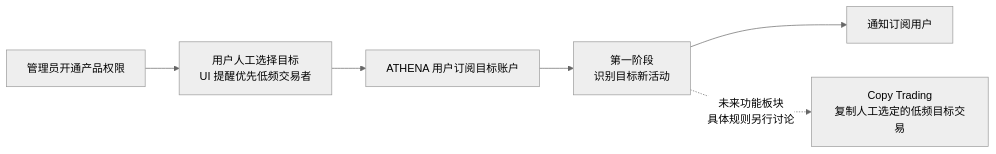
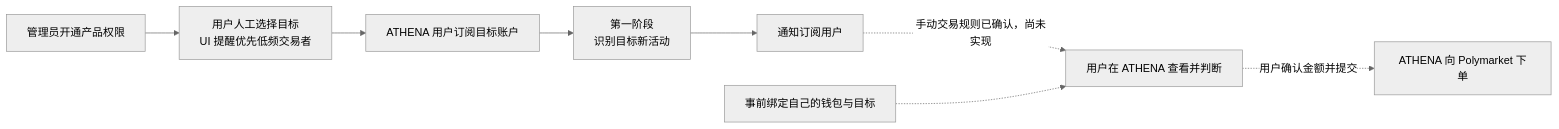
Before and after one commit to useryege/athena-o: the diagram in docs/requirements/polymarket-copy-trading/README.md, drawn with Mermaid (neutral theme). The commit also changed other lines of this file and 689 other files, not shown here.

````diff
--- a/docs/requirements/polymarket-copy-trading/README.md
+++ b/docs/requirements/polymarket-copy-trading/README.md
@@ -44,8 +48,10 @@
 ```mermaid
 flowchart LR
     A[管理员开通产品权限] --> SELECT[用户人工选择目标<br/>UI 提醒优先低频交易者]
     SELECT --> B[ATHENA 用户订阅目标账户]
     B --> C[第一阶段<br/>识别目标新活动]
     C --> D[通知订阅用户]
-    C -. 未来功能板块<br/>具体规则另行讨论 .-> E[Copy Trading<br/>复制人工选定的低频目标交易]
+    D -. 手动交易规则已确认，尚未实现 .-> E[用户在 ATHENA 查看并判断]
+    W[事前绑定自己的钱包与目标] -.-> E
+    E -. 用户确认金额并提交 .-> F[ATHENA 向 Polymarket 下单]
 ```
````
